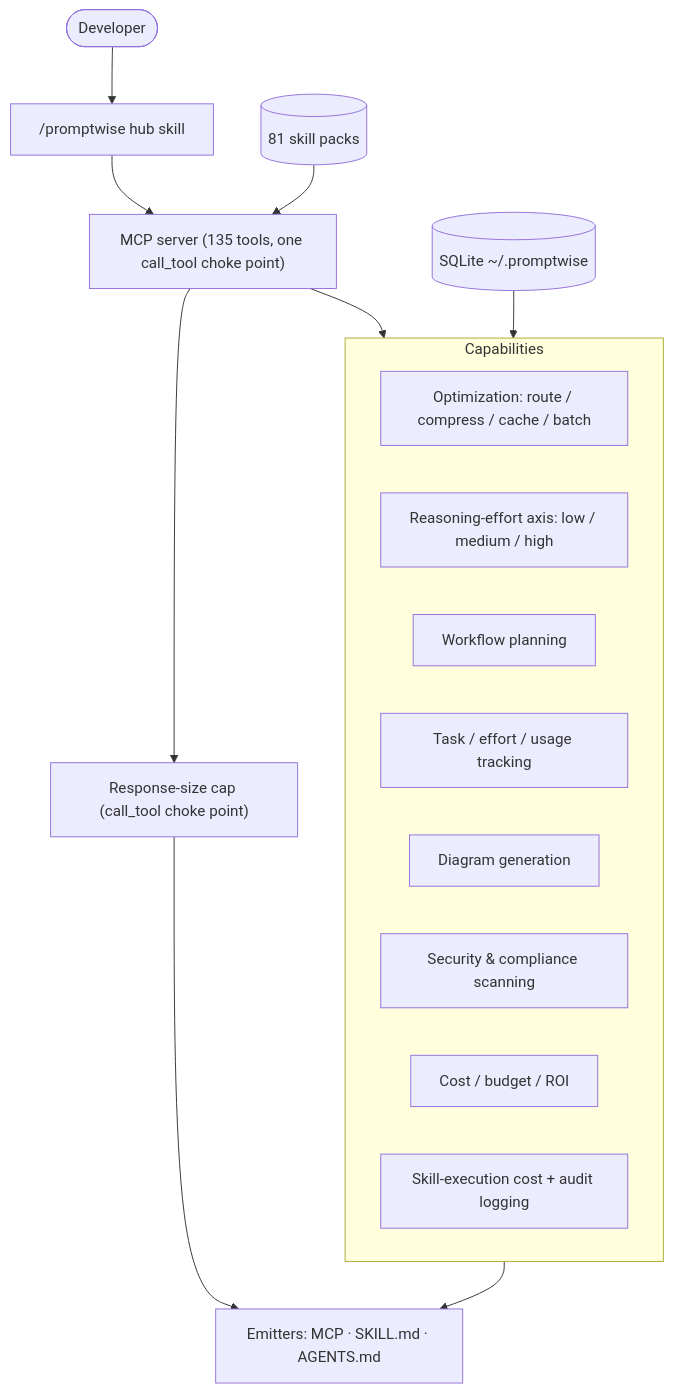
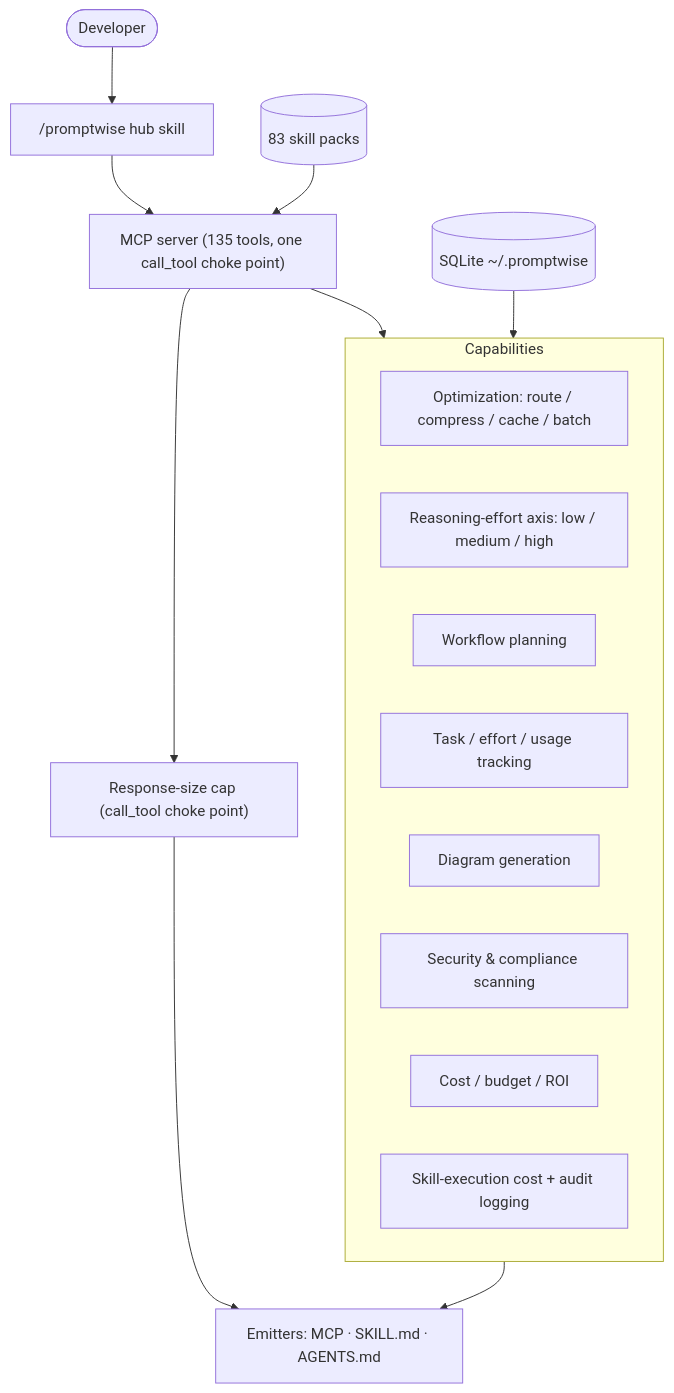
The first of 6 diagrams in docs/ARCHITECTURE.md (u2anilgit/PromptWise), drawn with Mermaid before and after one commit. The commit also changed 4 other files, not shown here.

````diff
--- a/docs/ARCHITECTURE.md
+++ b/docs/ARCHITECTURE.md
@@ -10,21 +10,21 @@
 ```mermaid
 flowchart TB
   dev([Developer]) --> hub["/promptwise hub skill"]
   hub --> mcp["MCP server (135 tools, one call_tool choke point)"]
   subgraph Capabilities
     opt[Optimization: route / compress / cache / batch]
     effort[Reasoning-effort axis: low / medium / high]
     flow[Workflow planning]
     track[Task / effort / usage tracking]
     diag[Diagram generation]
     sec[Security & compliance scanning]
     cost[Cost / budget / ROI]
     skillaudit[Skill-execution cost + audit logging]
   end
   mcp --> Capabilities
   mcp --> cap["Response-size cap (call_tool choke point)"]
   cap --> emit["Emitters: MCP · SKILL.md · AGENTS.md"]
   Capabilities --> emit
-  packs[("81 skill packs")] --> mcp
+  packs[("83 skill packs")] --> mcp
   store[("SQLite ~/.promptwise")] --> Capabilities
 ```
````
